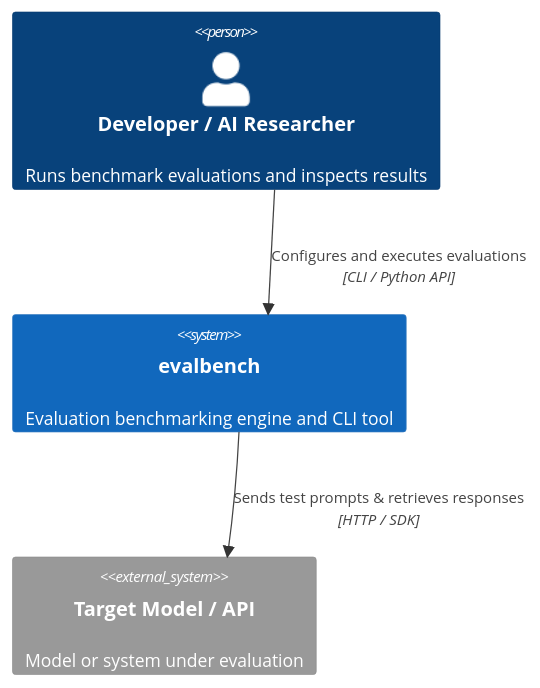
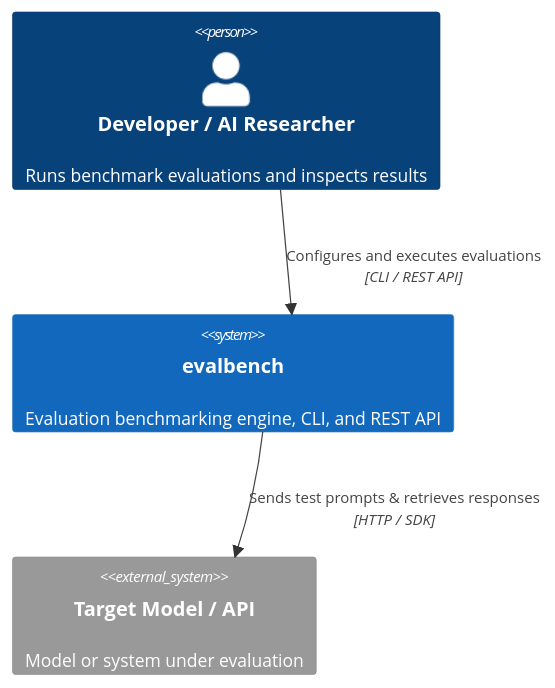
The first of 3 diagrams in ARCHITECTURE.md (avinashankur/evalbench), drawn with Mermaid before and after one commit. The commit also changed other lines of this file and 14 other files, not shown here.

````diff
--- a/ARCHITECTURE.md
+++ b/ARCHITECTURE.md
@@ -15,9 +15,9 @@
 ```mermaid
 C4Context
 Person(developer, "Developer / AI Researcher", "Runs benchmark evaluations and inspects results")
-System(evalbench, "evalbench", "Evaluation benchmarking engine and CLI tool")
+System(evalbench, "evalbench", "Evaluation benchmarking engine, CLI, and REST API")
 System_Ext(target_model, "Target Model / API", "Model or system under evaluation")
 
-Rel(developer, evalbench, "Configures and executes evaluations", "CLI / Python API")
+Rel(developer, evalbench, "Configures and executes evaluations", "CLI / REST API")
 Rel(evalbench, target_model, "Sends test prompts & retrieves responses", "HTTP / SDK")
 ```
````
